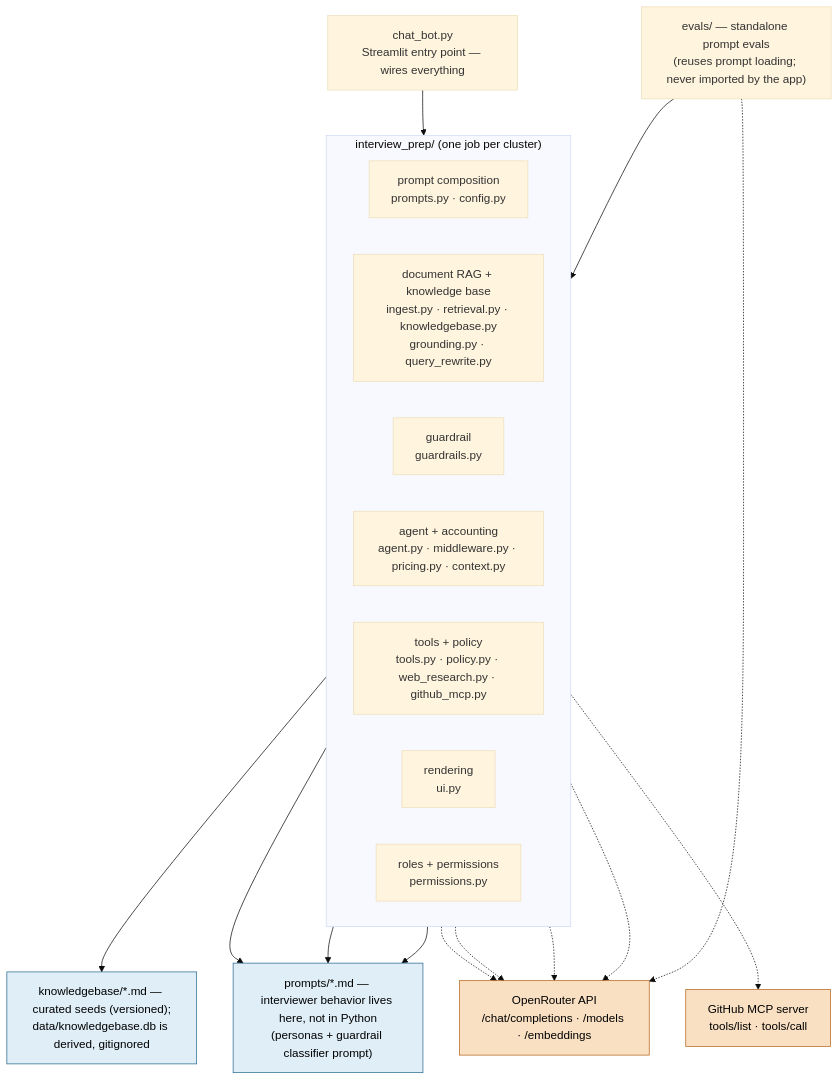
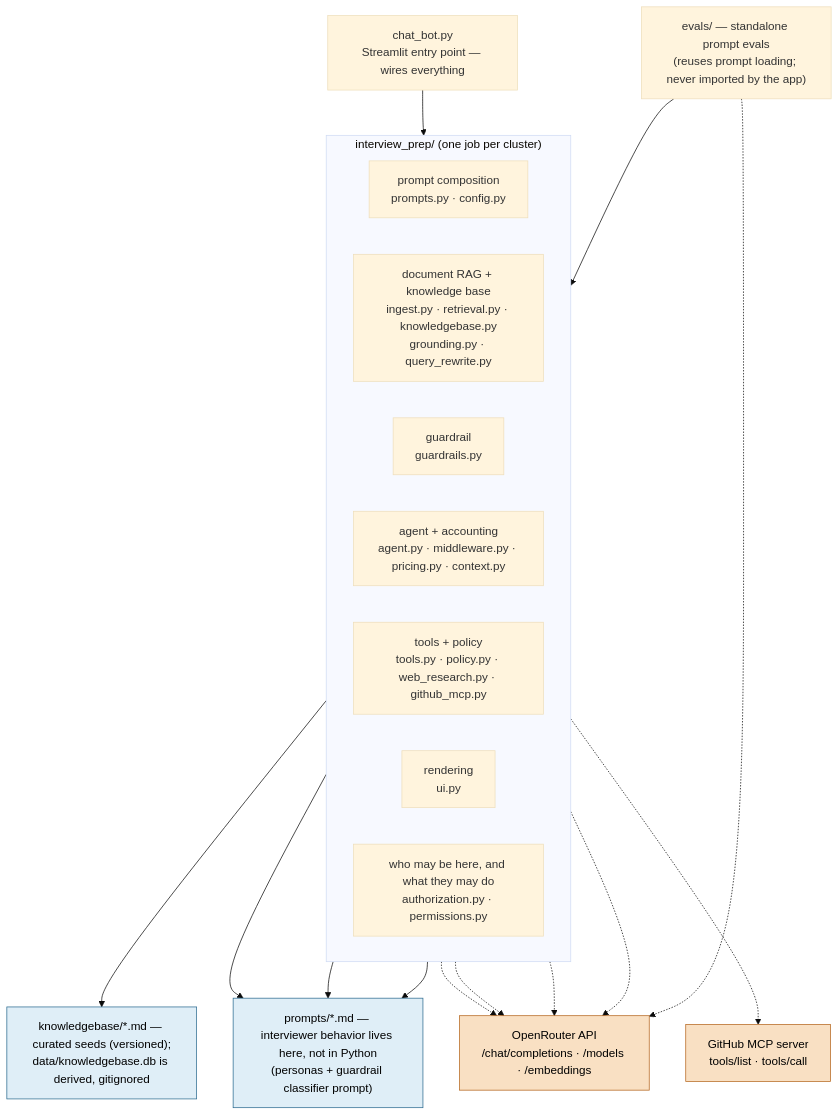
Before and after one commit to DukeOfErl/interv_preper: the seventh of 7 diagrams in docs/diagrams/architecture.md, drawn with Mermaid (base theme). The commit also changed other lines of this file and 19 other files, not shown here.

````diff
--- a/docs/diagrams/architecture.md
+++ b/docs/diagrams/architecture.md
@@ -255,41 +255,41 @@
 ```mermaid
 flowchart TB
     entry["chat_bot.py<br/>Streamlit entry point — wires everything"]
 
     subgraph pkg["interview_prep/ (one job per cluster)"]
         direction LR
         promptsC["prompt composition<br/>prompts.py · config.py"]
         rag["document RAG + knowledge base<br/>ingest.py · retrieval.py · knowledgebase.py<br/>grounding.py · query_rewrite.py"]
         safety["guardrail<br/>guardrails.py"]
         llmC["agent + accounting<br/>agent.py · middleware.py · pricing.py · context.py"]
         toolsC["tools + policy<br/>tools.py · policy.py · web_research.py · github_mcp.py"]
         uiC["rendering<br/>ui.py"]
-        access["roles + permissions<br/>permissions.py"]
+        access["who may be here, and what they may do<br/>authorization.py · permissions.py"]
     end
 
     mdfiles["prompts/*.md — interviewer behavior lives here, not in Python<br/>(personas + guardrail classifier prompt)"]
     kbfiles["knowledgebase/*.md — curated seeds (versioned);<br/>data/knowledgebase.db is derived, gitignored"]
     orouter["OpenRouter API<br/>/chat/completions · /models · /embeddings"]
     ghmcp["GitHub MCP server<br/>tools/list · tools/call"]
     evals["evals/ — standalone prompt evals<br/>(reuses prompt loading; never imported by the app)"]
 
     entry --> pkg
     promptsC --> mdfiles
     rag --> kbfiles
     safety --> mdfiles
     toolsC --> mdfiles
     rag -.-> orouter
     safety -.-> orouter
     llmC -.-> orouter
     toolsC -.-> orouter
     toolsC -.-> ghmcp
     evals --> promptsC
     evals -.-> orouter
 
     classDef ext fill:#f9e0c3,stroke:#b5651d,color:#000
     classDef mdfile fill:#dfeef7,stroke:#2b6a8f,color:#000
     class orouter ext
     class ghmcp ext
     class mdfiles mdfile
     class kbfiles mdfile
 ```
````
